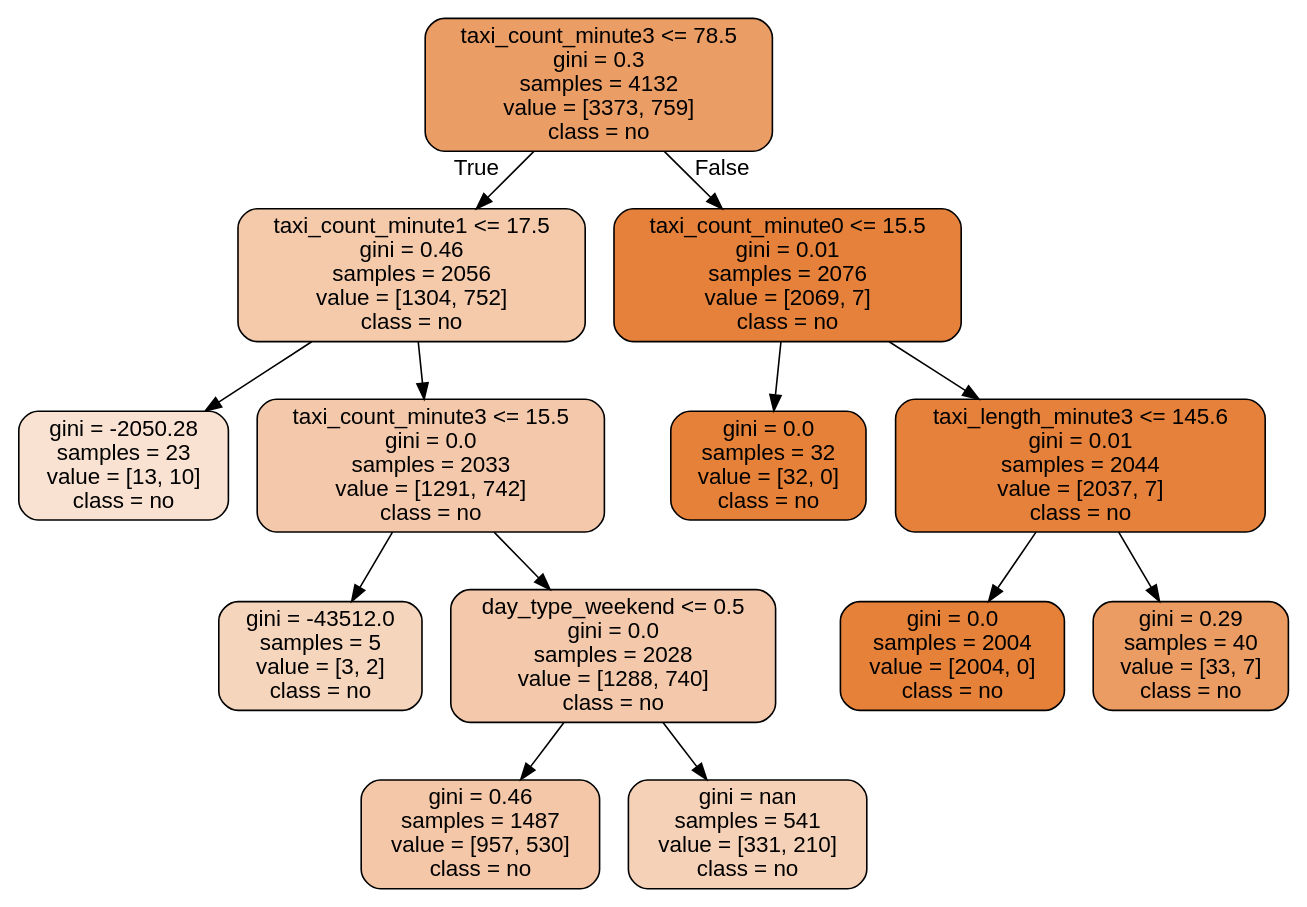
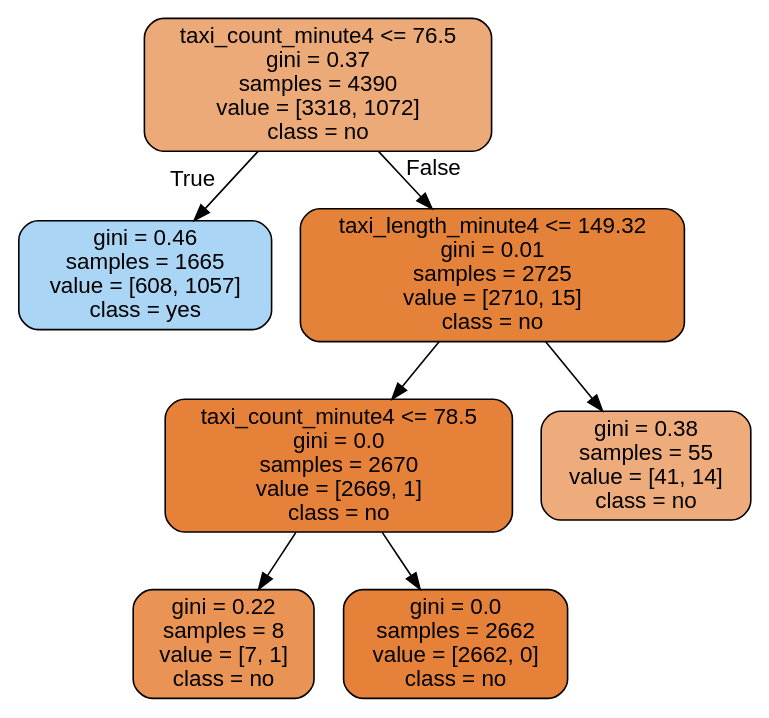
One commit to DungDinhDungDinh/capstone_project changed the diagram in t2_should_go.dot. Above: the diagram before and after it, drawn with Graphviz. The commit also changed 550 other files, not shown here.

```diff
--- a/t2_should_go.dot
+++ b/t2_should_go.dot
@@ -1,29 +1,17 @@
 digraph Tree {
 node [shape=box, style="filled, rounded", color="black", fontname="helvetica"] ;
 edge [fontname="helvetica"] ;
-0 [label="taxi_count_minute3 <= 78.5\ngini = 0.3\nsamples = 4132\nvalue = [3373, 759]\nclass = no", fillcolor="#eb9d66"] ;
-1 [label="taxi_count_minute1 <= 17.5\ngini = 0.46\nsamples = 2056\nvalue = [1304, 752]\nclass = no", fillcolor="#f4caab"] ;
+0 [label="taxi_count_minute4 <= 76.5\ngini = 0.37\nsamples = 4390\nvalue = [3318, 1072]\nclass = no", fillcolor="#edaa79"] ;
+1 [label="gini = 0.46\nsamples = 1665\nvalue = [608, 1057]\nclass = yes", fillcolor="#abd5f4"] ;
 0 -> 1 [labeldistance=2.5, labelangle=45, headlabel="True"] ;
-2 [label="gini = -2050.28\nsamples = 23\nvalue = [13, 10]\nclass = no", fillcolor="#f9e2d1"] ;
-1 -> 2 ;
-3 [label="taxi_count_minute3 <= 15.5\ngini = 0.0\nsamples = 2033\nvalue = [1291, 742]\nclass = no", fillcolor="#f4c9ab"] ;
-1 -> 3 ;
-4 [label="gini = -43512.0\nsamples = 5\nvalue = [3, 2]\nclass = no", fillcolor="#f6d5bd"] ;
+2 [label="taxi_length_minute4 <= 149.32\ngini = 0.01\nsamples = 2725\nvalue = [2710, 15]\nclass = no", fillcolor="#e5823a"] ;
+0 -> 2 [labeldistance=2.5, labelangle=-45, headlabel="False"] ;
+3 [label="taxi_count_minute4 <= 78.5\ngini = 0.0\nsamples = 2670\nvalue = [2669, 1]\nclass = no", fillcolor="#e58139"] ;
+2 -> 3 ;
+4 [label="gini = 0.22\nsamples = 8\nvalue = [7, 1]\nclass = no", fillcolor="#e99355"] ;
 3 -> 4 ;
-5 [label="day_type_weekend <= 0.5\ngini = 0.0\nsamples = 2028\nvalue = [1288, 740]\nclass = no", fillcolor="#f4c9ab"] ;
+5 [label="gini = 0.0\nsamples = 2662\nvalue = [2662, 0]\nclass = no", fillcolor="#e58139"] ;
 3 -> 5 ;
-6 [label="gini = 0.46\nsamples = 1487\nvalue = [957, 530]\nclass = no", fillcolor="#f3c7a7"] ;
-5 -> 6 ;
-7 [label="gini = nan\nsamples = 541\nvalue = [331, 210]\nclass = no", fillcolor="#f5d1b7"] ;
-5 -> 7 ;
-8 [label="taxi_count_minute0 <= 15.5\ngini = 0.01\nsamples = 2076\nvalue = [2069, 7]\nclass = no", fillcolor="#e5813a"] ;
-0 -> 8 [labeldistance=2.5, labelangle=-45, headlabel="False"] ;
-9 [label="gini = 0.0\nsamples = 32\nvalue = [32, 0]\nclass = no", fillcolor="#e58139"] ;
-8 -> 9 ;
-10 [label="taxi_length_minute3 <= 145.6\ngini = 0.01\nsamples = 2044\nvalue = [2037, 7]\nclass = no", fillcolor="#e5813a"] ;
-8 -> 10 ;
-11 [label="gini = 0.0\nsamples = 2004\nvalue = [2004, 0]\nclass = no", fillcolor="#e58139"] ;
-10 -> 11 ;
-12 [label="gini = 0.29\nsamples = 40\nvalue = [33, 7]\nclass = no", fillcolor="#eb9c63"] ;
-10 -> 12 ;
+6 [label="gini = 0.38\nsamples = 55\nvalue = [41, 14]\nclass = no", fillcolor="#eeac7d"] ;
+2 -> 6 ;
 }
```
